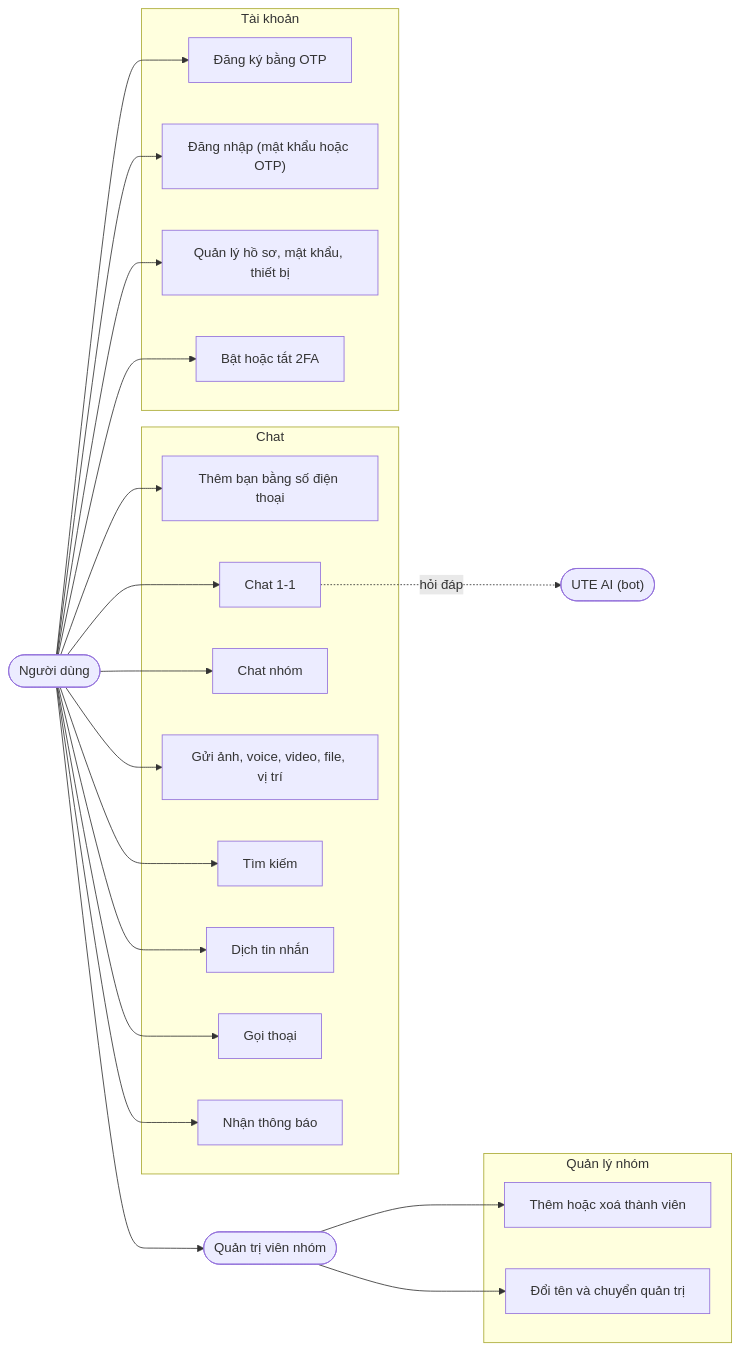
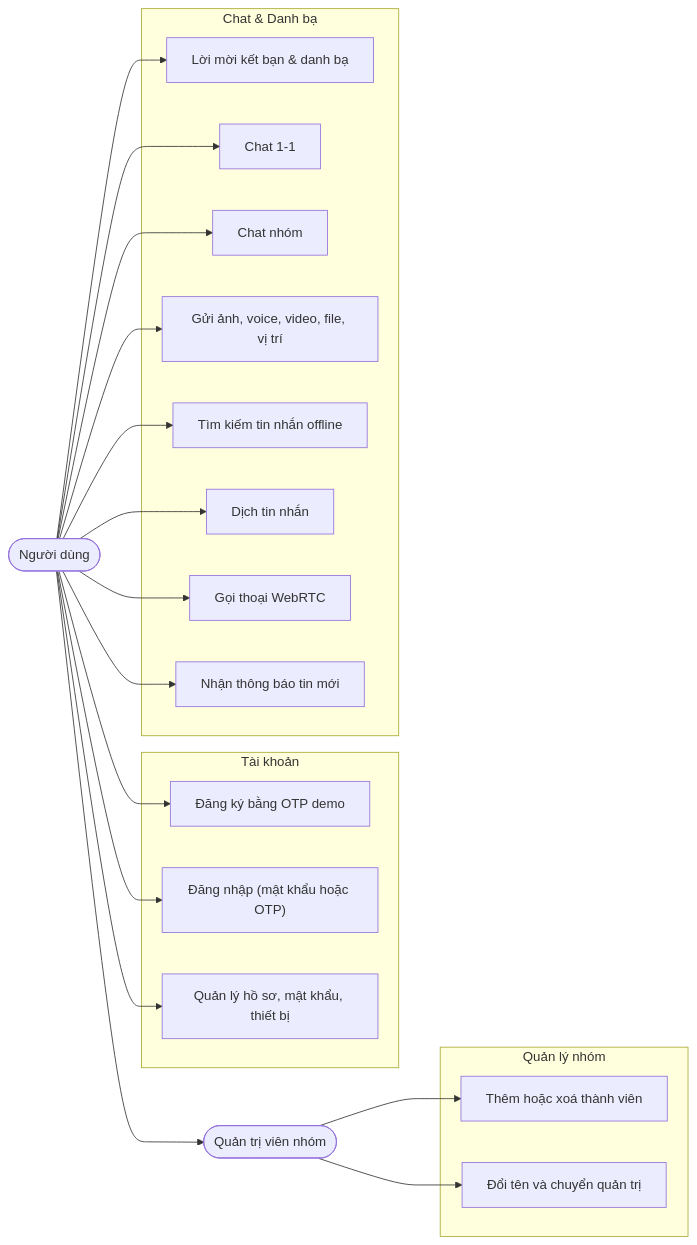
One commit to Project-Mobile-TEAM/Project_Mobile changed the diagram in docs/README.md. Above: the diagram before and after it, drawn with Mermaid. The commit also changed other lines of this file and 8 other files, not shown here.

Commit message:
docs: complete architecture specifications, API contract and deployment security

````diff
--- a/docs/README.md
+++ b/docs/README.md
@@ -33,32 +36,29 @@
 ```mermaid
 flowchart LR
     U(["Người dùng"])
-    Bot(["UTE AI (bot)"])
     Adm(["Quản trị viên nhóm"])
 
     subgraph TK["Tài khoản"]
-        UC1["Đăng ký bằng OTP"]
+        UC1["Đăng ký bằng OTP demo"]
         UC2["Đăng nhập (mật khẩu hoặc OTP)"]
         UC3["Quản lý hồ sơ, mật khẩu, thiết bị"]
-        UC4["Bật hoặc tắt 2FA"]
     end
-    subgraph CH["Chat"]
-        UC5["Thêm bạn bằng số điện thoại"]
+    subgraph CH["Chat & Danh bạ"]
+        UC5["Lời mời kết bạn & danh bạ"]
         UC6["Chat 1-1"]
         UC7["Chat nhóm"]
         UC8["Gửi ảnh, voice, video, file, vị trí"]
-        UC9["Tìm kiếm"]
+        UC9["Tìm kiếm tin nhắn offline"]
         UC10["Dịch tin nhắn"]
-        UC11["Gọi thoại"]
-        UC12["Nhận thông báo"]
+        UC11["Gọi thoại WebRTC"]
+        UC12["Nhận thông báo tin mới"]
     end
     subgraph QL["Quản lý nhóm"]
         UC13["Thêm hoặc xoá thành viên"]
         UC14["Đổi tên và chuyển quản trị"]
     end
 
-    U --> UC1 & UC2 & UC3 & UC4 & UC5 & UC6 & UC7 & UC8 & UC9 & UC10 & UC11 & UC12
+    U --> UC1 & UC2 & UC3 & UC5 & UC6 & UC7 & UC8 & UC9 & UC10 & UC11 & UC12
     Adm --> UC13 & UC14
     U --> Adm
-    UC6 -. "hỏi đáp" .-> Bot
 ```
````
